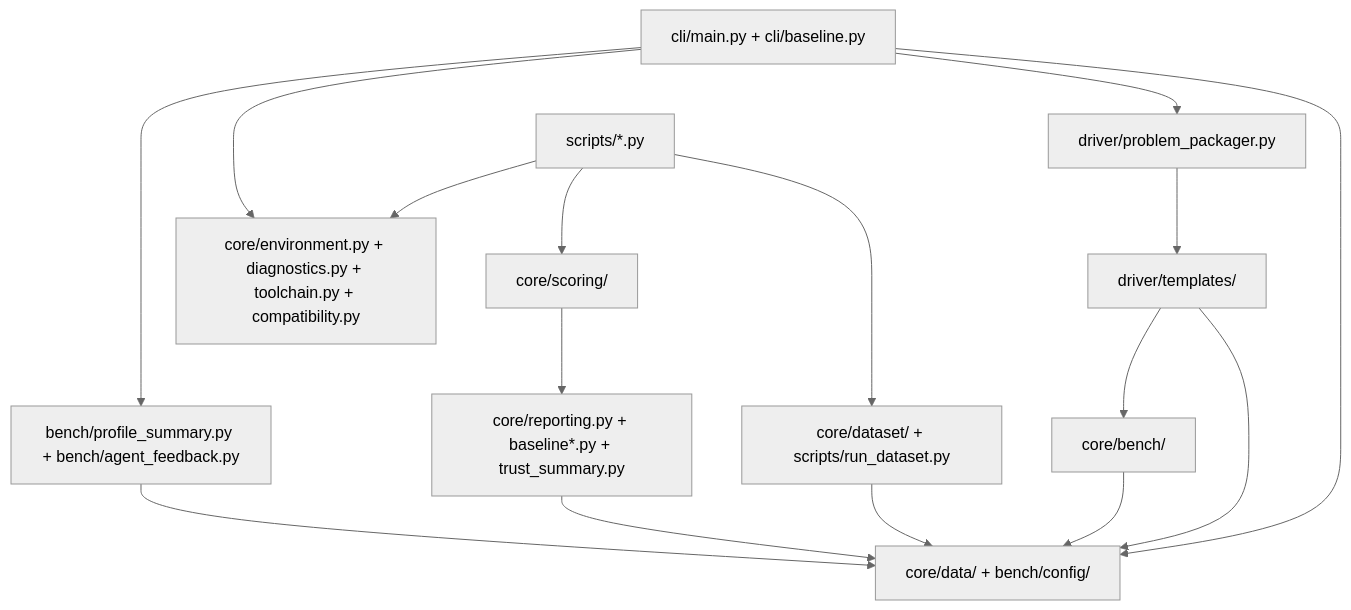
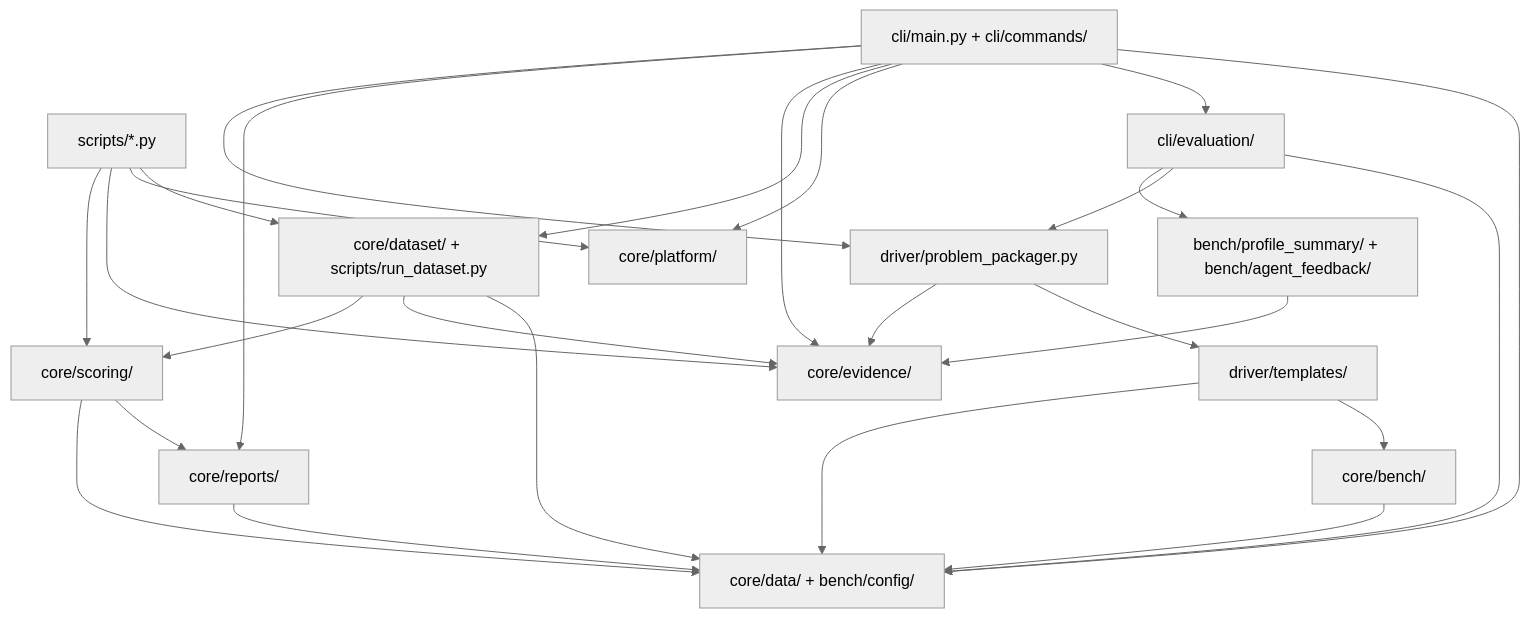
Before and after one commit to gwokhou/SOL-ExecBench-ROCm: the diagram in docs/ARCHITECTURE.md, drawn with Mermaid (neutral theme). The commit also changed other lines of this file and 24 other files, not shown here.

````diff
--- a/docs/ARCHITECTURE.md
+++ b/docs/ARCHITECTURE.md
@@ -18,30 +18,43 @@
 ```mermaid
 graph TD
     Scripts["scripts/*.py"]
-    CLI["cli/main.py + cli/baseline.py"]
+    CLI["cli/main.py + cli/commands/"]
+    Evaluation["cli/evaluation/"]
     Models["core/data/ + bench/config/"]
     Packager["driver/problem_packager.py"]
     Templates["driver/templates/"]
     Bench["core/bench/"]
-    Evidence["core/environment.py + diagnostics.py + toolchain.py + compatibility.py"]
+    Platform["core/platform/"]
+    Evidence["core/evidence/"]
     Dataset["core/dataset/ + scripts/run_dataset.py"]
     Scoring["core/scoring/"]
-    Reports["core/reporting.py + baseline*.py + trust_summary.py"]
-    Feedback["bench/profile_summary.py + bench/agent_feedback.py"]
+    Reports["core/reports/"]
+    Feedback["bench/profile_summary/ + bench/agent_feedback/"]
 
     Scripts --> Dataset
+    Scripts --> Platform
     Scripts --> Evidence
     Scripts --> Scoring
     CLI --> Models
+    CLI --> Evaluation
+    CLI --> Platform
+    CLI --> Dataset
+    CLI --> Evidence
+    CLI --> Reports
+    Evaluation --> Models
     CLI --> Packager
-    CLI --> Evidence
+    Evaluation --> Packager
+    Evaluation --> Feedback
     Packager --> Templates
+    Packager --> Evidence
     Templates --> Bench
     Templates --> Models
     Bench --> Models
     Dataset --> Models
+    Dataset --> Evidence
+    Dataset --> Scoring
     Scoring --> Reports
+    Scoring --> Models
     Reports --> Models
-    Feedback --> Models
-    CLI --> Feedback
+    Feedback --> Evidence
 ```
````
